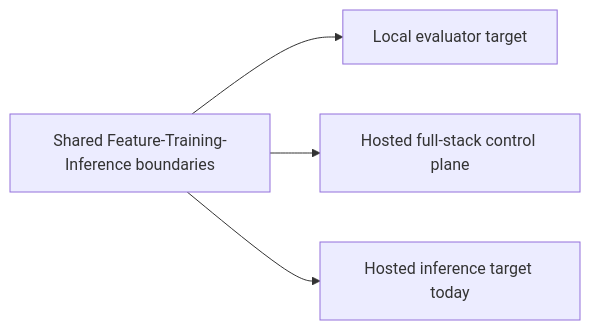
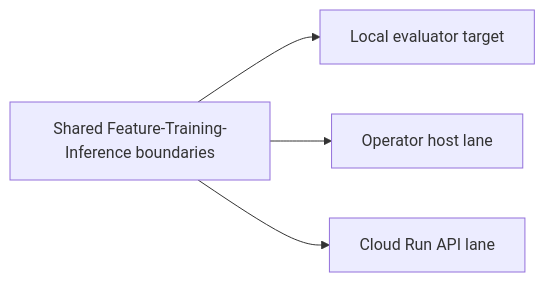
The second of 5 diagrams in docs/site/system/architecture.md (javihslu/foehncast), drawn with Mermaid before and after one commit. The commit also changed other lines of this file and 13 other files, not shown here.

```diff
--- a/docs/site/system/architecture.md
+++ b/docs/site/system/architecture.md
@@ -76,7 +82,7 @@
 <div class="mermaid">
 flowchart LR
     CORE[Shared Feature-Training-Inference boundaries]
     CORE --> LOCAL[Local evaluator target]
-    CORE --> HOST[Hosted full-stack control plane]
-    CORE --> RUN[Hosted inference target today]
+    CORE --> HOST[Operator host lane]
+    CORE --> RUN[Cloud Run API lane]
 </div>
```
